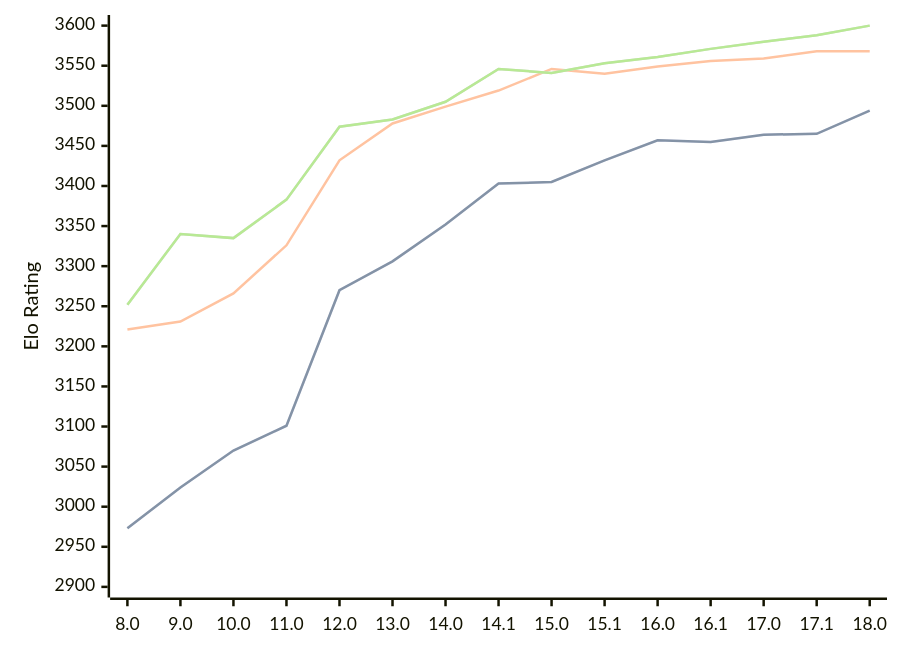
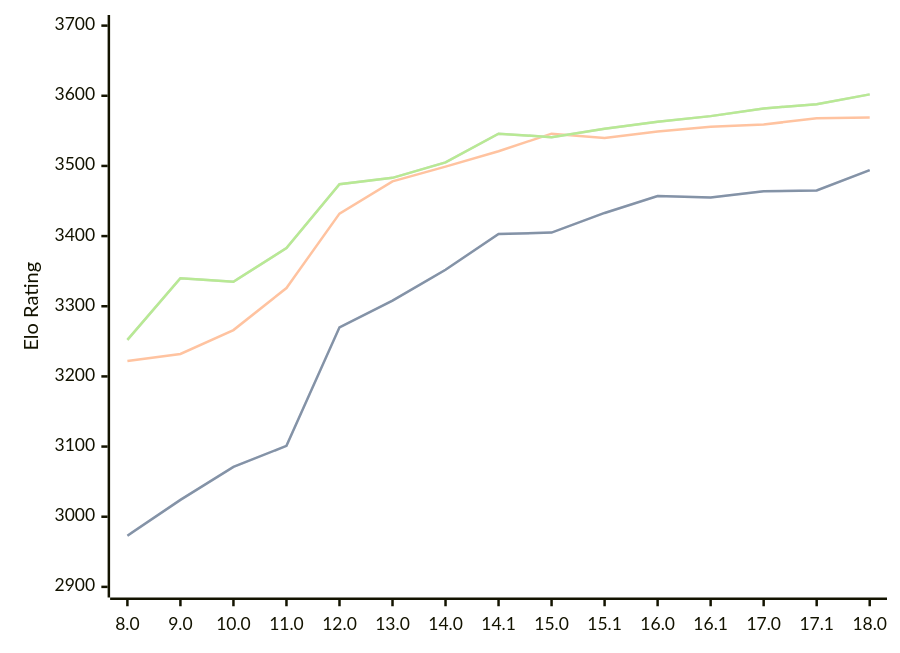
The third of 3 diagrams in engines/Stockfish.md (computer-chess-index/cci), drawn with Mermaid before and after one commit. The commit also changed other lines of this file, not shown here.

Commit message:
Update CCI Ratings (ELO VLTC) - 2026-06-21

````diff
--- a/engines/Stockfish.md
+++ b/engines/Stockfish.md
@@ -79,11 +79,11 @@
 ```mermaid
 %%{init: {"theme":"base","themeVariables":{"seriesColors:['#a3a3a3','#222221','#faa371']}}}%%
 xychart-beta
   x-axis ["8.0", "9.0", "10.0", "11.0", "12.0", "13.0", "14.0", "14.1", "15.0", "15.1", "16.0", "16.1", "17.0", "17.1", "18.0"]
-  y-axis "Elo Rating" 2900 --> 3600
-  line "STC (8.0+0.08s)" [2973, 3024, 3070, 3101, 3270, 3306, 3352, 3403, 3405, 3432, 3457, 3455, 3464, 3465, 3494]
-  line "STC (8.0+0.08s)" [2973, 3024, 3070, 3101, 3270, 3306, 3352, 3403, 3405, 3432, 3457, 3455, 3464, 3465, 3494]
-  line "LTC (60.0+0.60s)" [3221, 3231, 3266, 3326, 3432, 3478, 3499, 3519, 3546, 3540, 3549, 3556, 3559, 3568, 3568]
-  line "VLTC (2m24s+1.12s)" [3252, 3340, 3335, 3383, 3474, 3483, 3505, 3546, 3541, 3553, 3561, 3571, 3580, 3588, 3600]
-  line "VLTC (2m24s+1.12s)" [3252, 3340, 3335, 3383, 3474, 3483, 3505, 3546, 3541, 3553, 3561, 3571, 3580, 3588, 3600]
+  y-axis "Elo Rating" 2900 --> 3700
+  line "STC (8.0+0.08s)" [2973, 3024, 3071, 3101, 3270, 3308, 3352, 3403, 3405, 3433, 3457, 3455, 3464, 3465, 3494]
+  line "STC (8.0+0.08s)" [2973, 3024, 3071, 3101, 3270, 3308, 3352, 3403, 3405, 3433, 3457, 3455, 3464, 3465, 3494]
+  line "LTC (60.0+0.60s)" [3222, 3232, 3266, 3326, 3432, 3478, 3499, 3521, 3546, 3540, 3549, 3556, 3559, 3568, 3569]
+  line "VLTC (2m24s+1.12s)" [3252, 3340, 3335, 3383, 3474, 3483, 3505, 3546, 3541, 3553, 3563, 3571, 3582, 3588, 3602]
+  line "VLTC (2m24s+1.12s)" [3252, 3340, 3335, 3383, 3474, 3483, 3505, 3546, 3541, 3553, 3563, 3571, 3582, 3588, 3602]
 ```
````
